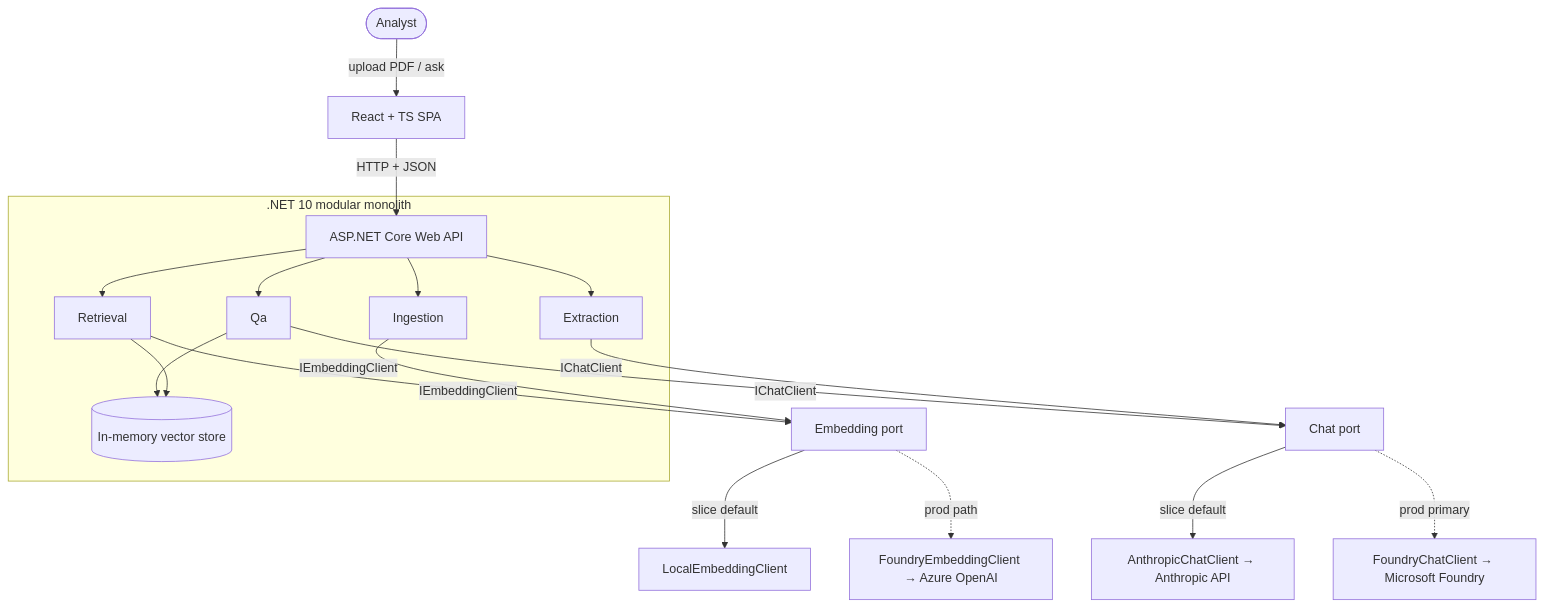
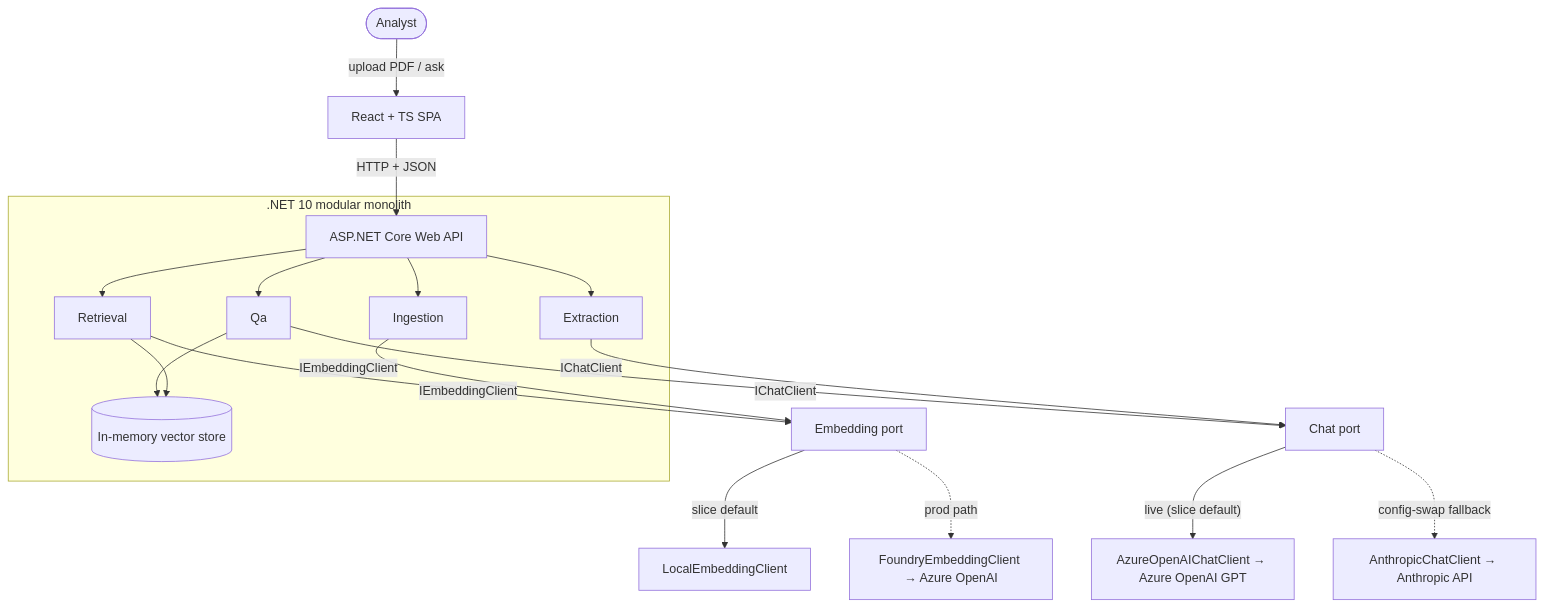
Before and after one commit to hectorreyesdev/landdoc-intelligence: the diagram in knowledge/docs/ARCHITECTURE.md, drawn with Mermaid. The commit also changed other lines of this file and 2 other files, not shown here.

First line of the commit message:
docs(reconcile): propagate ADR-0012 chat posture into STACK/ARCHITECTURE/GLOSSARY

````diff
--- a/knowledge/docs/ARCHITECTURE.md
+++ b/knowledge/docs/ARCHITECTURE.md
@@ -12,24 +12,24 @@
 ```mermaid
 flowchart TD
     user(["Analyst"]) -->|"upload PDF / ask"| spa["React + TS SPA"]
     spa -->|"HTTP + JSON"| api["ASP.NET Core Web API"]
 
     subgraph monolith[".NET 10 modular monolith"]
       api --> ingestion["Ingestion"]
       api --> extraction["Extraction"]
       api --> retrieval["Retrieval"]
       api --> qa["Qa"]
       retrieval --> vstore[("In-memory vector store")]
       qa --> vstore
     end
 
     extraction -->|"IChatClient"| chat["Chat port"]
     qa -->|"IChatClient"| chat
     ingestion -->|"IEmbeddingClient"| emb["Embedding port"]
     retrieval -->|"IEmbeddingClient"| emb
 
-    chat -->|"slice default"| anthropicC["AnthropicChatClient → Anthropic API"]
-    chat -.->|"prod primary"| foundryC["FoundryChatClient → Microsoft Foundry"]
+    chat -->|"live (slice default)"| azureC["AzureOpenAIChatClient → Azure OpenAI GPT"]
+    chat -.->|"config-swap fallback"| anthropicC["AnthropicChatClient → Anthropic API"]
     emb -->|"slice default"| localE["LocalEmbeddingClient"]
     emb -.->|"prod path"| foundryE["FoundryEmbeddingClient → Azure OpenAI"]
 ```
````
